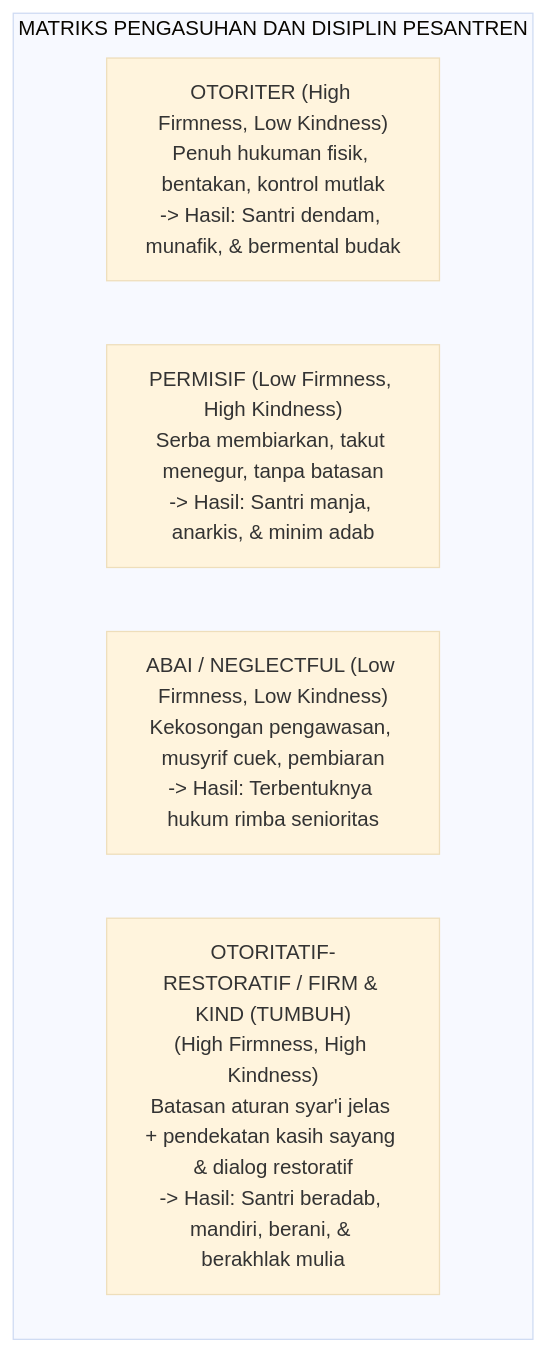
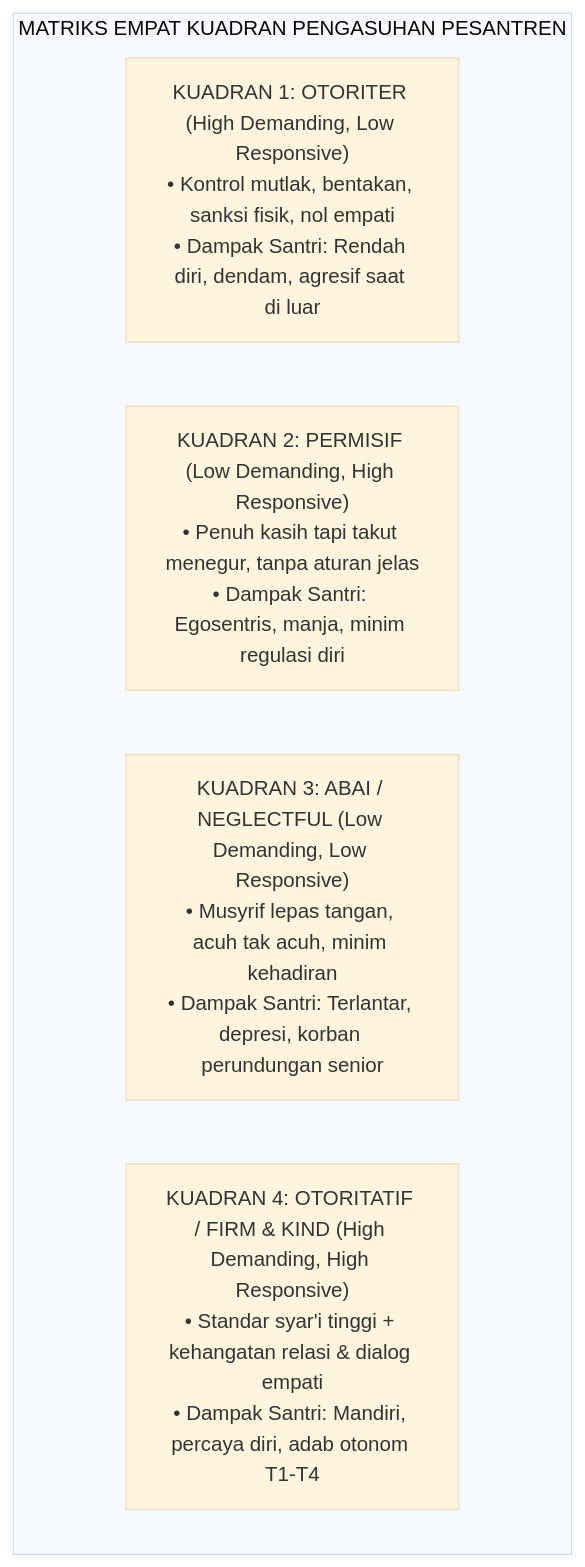
One commit to wandiapriliyandi/tumbuh changed the fourth of 9 diagrams in 02 Principles/01 Core Principles/P2-01-04-Prinsip-Disiplin-Restoratif-Firm-and-Kind.md. Above: the diagram before and after it, drawn with Mermaid (base theme). The commit also changed other lines of this file and 9 other files, not shown here.

Commit message:
feat(principles): standarisasi 100% monograf terpadu Sub-Domain 01 Core Principles dan Piagam Konstitusi Nilai TUMBUH

````diff
--- a/02 Principles/01 Core Principles/P2-01-04-Prinsip-Disiplin-Restoratif-Firm-and-Kind.md
+++ b/02 Principles/01 Core Principles/P2-01-04-Prinsip-Disiplin-Restoratif-Firm-and-Kind.md
@@ -28,9 +173,12 @@
 ```mermaid
 graph TD
-    subgraph KuadranPengasuhan["MATRIKS PENGASUHAN DAN DISIPLIN PESANTREN"]
-        Otoriter["OTORITER (High Firmness, Low Kindness)<br/>Penuh hukuman fisik, bentakan, kontrol mutlak<br/>-> Hasil: Santri dendam, munafik, & bermental budak"]
-        Permisif["PERMISIF (Low Firmness, High Kindness)<br/>Serba membiarkan, takut menegur, tanpa batasan<br/>-> Hasil: Santri manja, anarkis, & minim adab"]
-        Abai["ABAI / NEGLECTFUL (Low Firmness, Low Kindness)<br/>Kekosongan pengawasan, musyrif cuek, pembiaran<br/>-> Hasil: Terbentuknya hukum rimba senioritas"]
-        TUMBUH_FK["OTORITATIF-RESTORATIF / FIRM & KIND (TUMBUH)<br/>(High Firmness, High Kindness)<br/>Batasan aturan syar'i jelas + pendekatan kasih sayang & dialog restoratif<br/>-> Hasil: Santri beradab, mandiri, berani, & berakhlak mulia"]
+    subgraph EmpatKuadranBaumrind["MATRIKS EMPAT KUADRAN PENGASUHAN PESANTREN"]
+        Otoriter["KUADRAN 1: OTORITER (High Demanding, Low Responsive)<br/>• Kontrol mutlak, bentakan, sanksi fisik, nol empati<br/>• Dampak Santri: Rendah diri, dendam, agresif saat di luar"]
+        
+        Permisif["KUADRAN 2: PERMISIF (Low Demanding, High Responsive)<br/>• Penuh kasih tapi takut menegur, tanpa aturan jelas<br/>• Dampak Santri: Egosentris, manja, minim regulasi diri"]
+        
+        Abai["KUADRAN 3: ABAI / NEGLECTFUL (Low Demanding, Low Responsive)<br/>• Musyrif lepas tangan, acuh tak acuh, minim kehadiran<br/>• Dampak Santri: Terlantar, depresi, korban perundungan senior"]
+        
+        TUMBUH_FK["KUADRAN 4: OTORITATIF / FIRM & KIND (High Demanding, High Responsive)<br/>• Standar syar'i tinggi + kehangatan relasi & dialog empati<br/>• Dampak Santri: Mandiri, percaya diri, adab otonom T1-T4"]
     end
 ```
````
